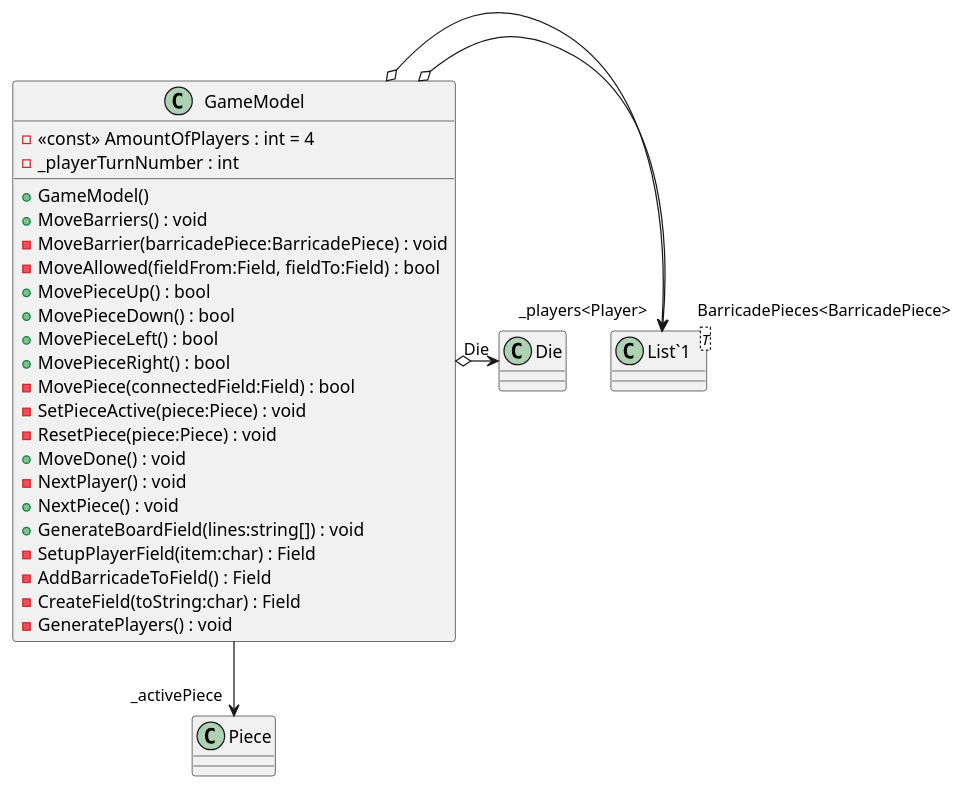
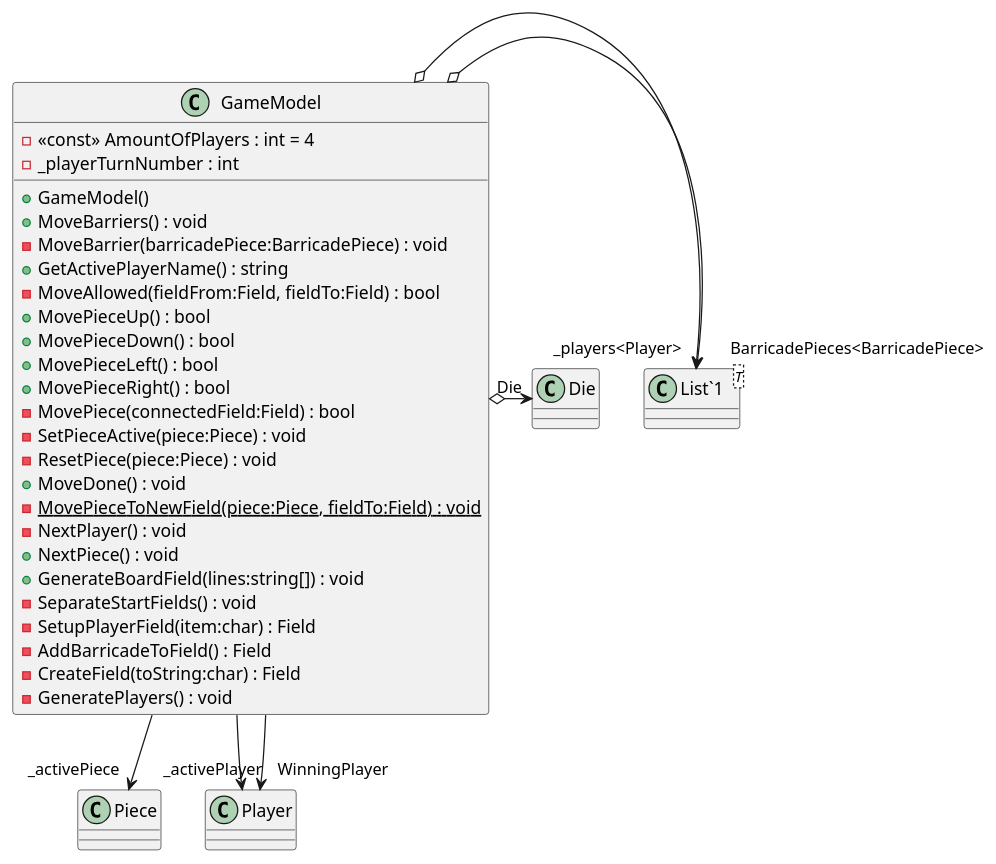
The diagram in Barricade/Models/GameModel.puml (Evert-Arends/barricadegameModel3), drawn with PlantUML before and after one commit. The commit also changed 16 other files, not shown here.

```diff
--- a/Barricade/Models/GameModel.puml
+++ b/Barricade/Models/GameModel.puml
@@ -1,31 +1,36 @@
 @startuml
 class GameModel {
     - <<const>> AmountOfPlayers : int = 4
     - _playerTurnNumber : int
     + GameModel()
     + MoveBarriers() : void
     - MoveBarrier(barricadePiece:BarricadePiece) : void
+    + GetActivePlayerName() : string
     - MoveAllowed(fieldFrom:Field, fieldTo:Field) : bool
     + MovePieceUp() : bool
     + MovePieceDown() : bool
     + MovePieceLeft() : bool
     + MovePieceRight() : bool
     - MovePiece(connectedField:Field) : bool
     - SetPieceActive(piece:Piece) : void
     - ResetPiece(piece:Piece) : void
     + MoveDone() : void
+    - {static} MovePieceToNewField(piece:Piece, fieldTo:Field) : void
     - NextPlayer() : void
     + NextPiece() : void
     + GenerateBoardField(lines:string[]) : void
+    - SeparateStartFields() : void
     - SetupPlayerField(item:char) : Field
     - AddBarricadeToField() : Field
     - CreateField(toString:char) : Field
     - GeneratePlayers() : void
 }
 class "List`1"<T> {
 }
 GameModel o-> "BarricadePieces<BarricadePiece>" "List`1"
 GameModel o-> "_players<Player>" "List`1"
 GameModel --> "_activePiece" Piece
+GameModel --> "_activePlayer" Player
+GameModel --> "WinningPlayer" Player
 GameModel o-> "Die" Die
 @enduml
```
